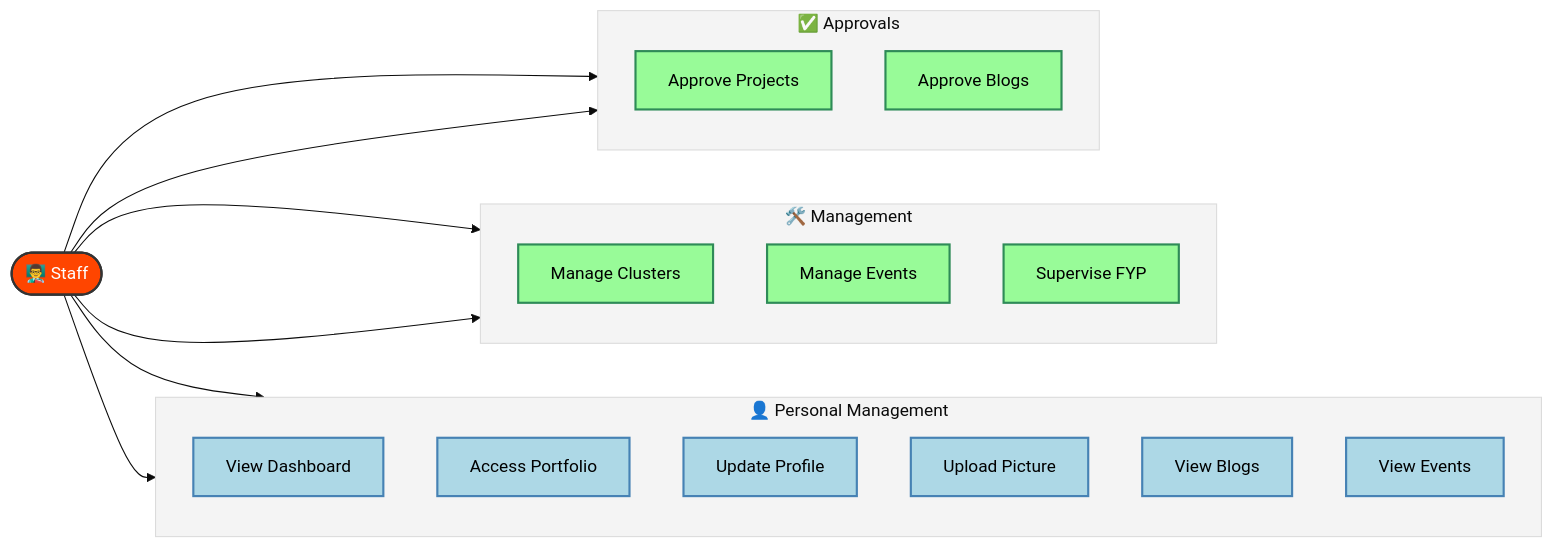
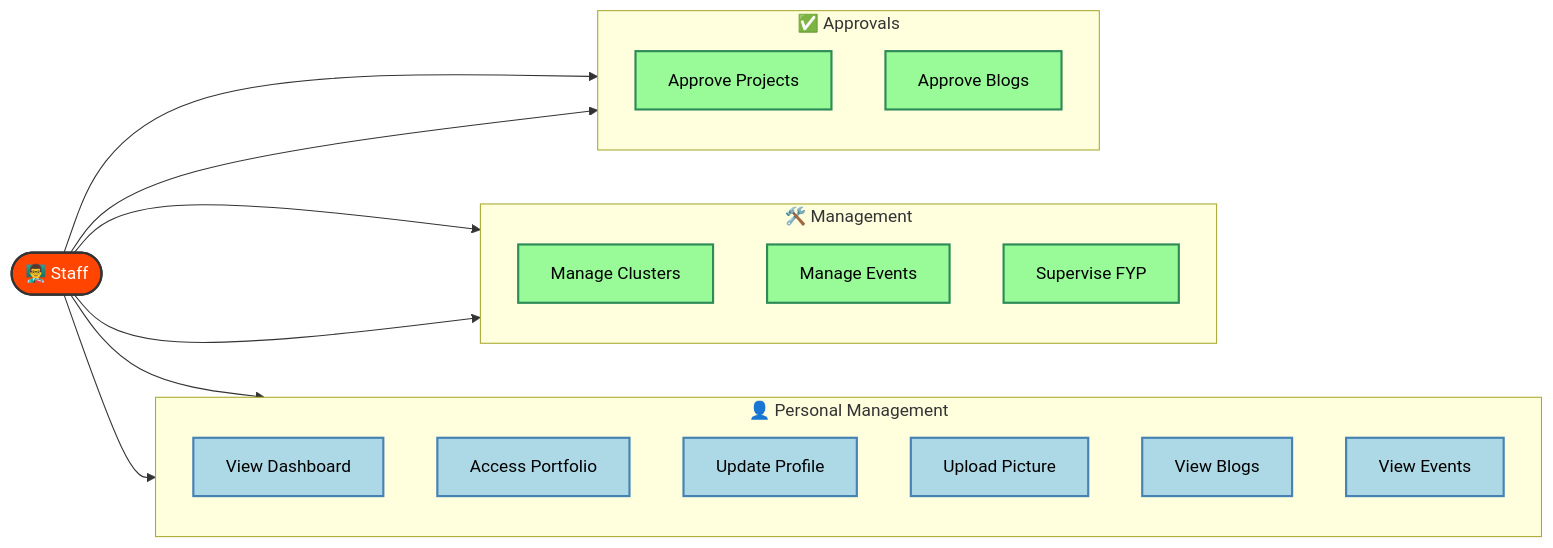
The diagram in app/dashboard/staff/README.md (Abdulhalim7177/fyb.swebuk), drawn with Mermaid before and after one commit. The commit also changed 4 other files, not shown here.

````diff
--- a/app/dashboard/staff/README.md
+++ b/app/dashboard/staff/README.md
@@ -8,45 +8,45 @@
 ```mermaid
-%%{init: {'theme': 'base', 'themeVariables': { 'primaryColor': '#ADD8E6', 'edgeLabelBackground':'#ffffff', 'tertiaryColor': '#f4f4f4'}}}%%
+%%{init: {'theme': 'default', 'themeVariables': { 'mainBkg': '#ffffff', 'primaryColor': '#ffffff', 'edgeLabelBackground':'#ffffff', 'tertiaryColor': '#f4f4f4'}}}%%
 graph LR
     %% Styles
     classDef actor fill:#FF4500,stroke:#333,stroke-width:2px,color:white,font-size:16px;
     classDef usecase fill:#ADD8E6,stroke:#4682B4,stroke-width:2px,color:black,shape:rect;
     classDef manage fill:#98FB98,stroke:#2E8B57,stroke-width:2px,color:black,shape:rect;
 
     %% Actor
     Staff([👨‍🏫 Staff]):::actor
 
     %% Use Cases
     subgraph Personal ["👤 Personal Management"]
         direction TB
         UC3[View Dashboard]:::usecase
         UC13[Access Portfolio]:::usecase
         UC14[Update Profile]:::usecase
         UC15[Upload Picture]:::usecase
         UC10[View Blogs]:::usecase
         UC11[View Events]:::usecase
     end
 
     subgraph Management ["🛠️ Management"]
         direction TB
         UC20[Manage Clusters]:::manage
         UC21[Manage Events]:::manage
         UC22[Supervise FYP]:::manage
     end
 
     subgraph Approvals ["✅ Approvals"]
         direction TB
         UC18[Approve Projects]:::manage
         UC19[Approve Blogs]:::manage
     end
 
     %% Connections
     Staff --> Personal
     Staff --> Management
     Staff --> Approvals
 
     %% Direct links for clarity
     Staff --> UC3
     Staff --> UC20
     Staff --> UC18
 ```
````
